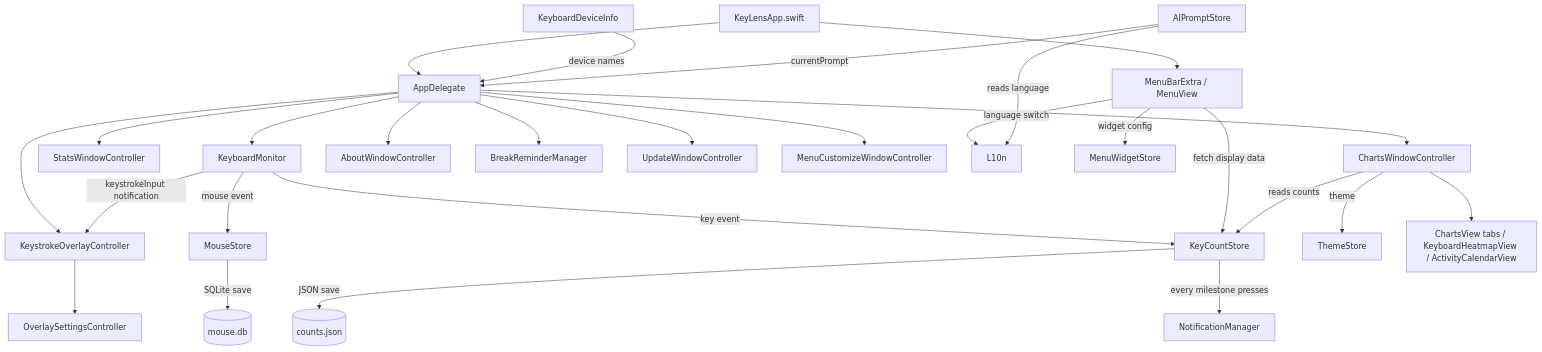
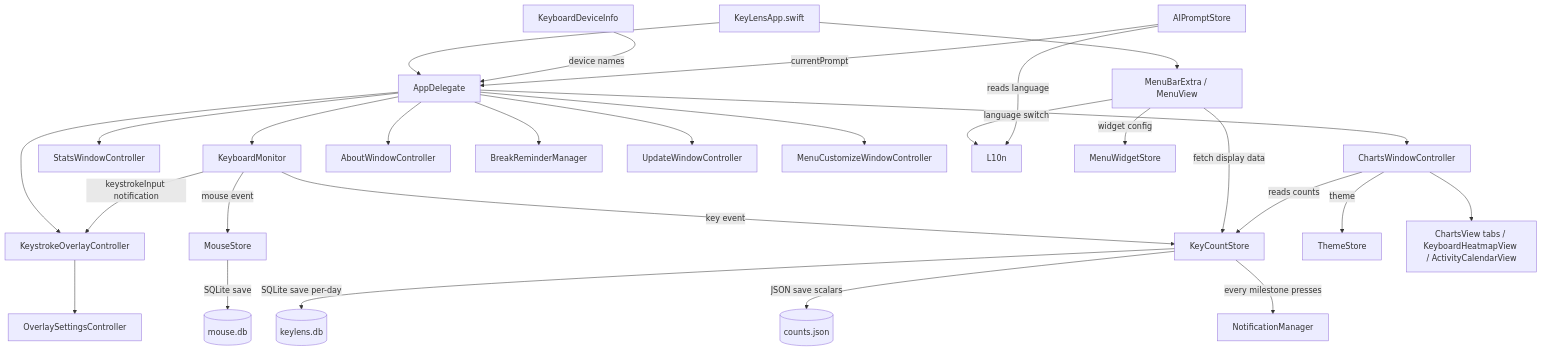
The diagram in docs/Architecture.md (etalli/262_KeyLens), drawn with Mermaid before and after one commit. The commit also changed other lines of this file and 1 other file, not shown here.

First line of the commit message:
docs: sync README, README.ja, Architecture for v0.56

````diff
--- a/docs/Architecture.md
+++ b/docs/Architecture.md
@@ -9,29 +9,30 @@
 ```mermaid
 graph TD
     A[KeyLensApp.swift] --> B[AppDelegate]
     A --> V[MenuBarExtra / MenuView]
     B --> C[KeyboardMonitor]
     B --> I[StatsWindowController]
     B --> J[ChartsWindowController]
     B --> K[KeystrokeOverlayController]
     B --> N[AboutWindowController]
     B --> BR[BreakReminderManager]
     B --> UW[UpdateWindowController]
     B --> MC[MenuCustomizeWindowController]
     K --> O[OverlaySettingsController]
     P[KeyboardDeviceInfo] -->|device names| B
     C -->|key event| E[KeyCountStore]
     C -->|mouse event| MS[MouseStore]
     C -->|keystrokeInput notification| K
     E -->|every milestone presses| F[NotificationManager]
-    E -->|JSON save| G[(counts.json)]
+    E -->|JSON save scalars| G[(counts.json)]
+    E -->|SQLite save per-day| GG2[(keylens.db)]
     MS -->|SQLite save| GG[(mouse.db)]
     V -->|fetch display data| E
     V -->|language switch| H[L10n]
     V -->|widget config| MW[MenuWidgetStore]
     J -->|reads counts| E
     J -->|theme| TS[ThemeStore]
     J --> L[ChartsView tabs / KeyboardHeatmapView / ActivityCalendarView]
     M[AIPromptStore] -->|currentPrompt| B
     M -->|reads language| H
 ```
````
